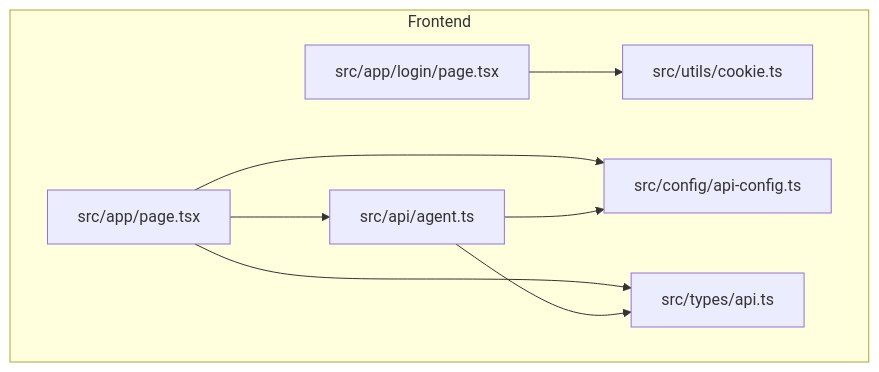
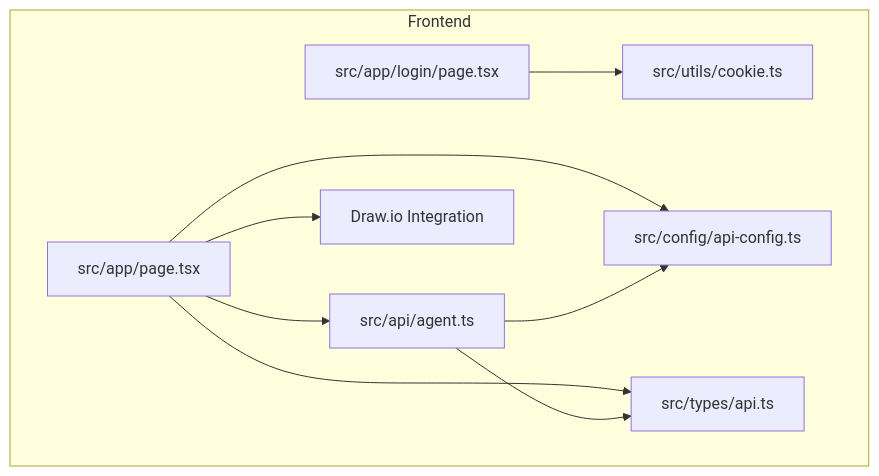
Before and after one commit to shrekboss/agent-draw-io-front: the first of 10 diagrams in .qoder/repowiki/en/content/AI Agent Integration.md, drawn with Mermaid. The commit also changed other lines of this file and 13 other files, not shown here.

Commit message:
feat(agent-draw-io-front): 优化交互式画图

````diff
--- a/.qoder/repowiki/en/content/AI Agent Integration.md
+++ b/.qoder/repowiki/en/content/AI Agent Integration.md
@@ -49,17 +62,19 @@
 ```mermaid
 graph TB
 subgraph "Frontend"
 A["src/app/login/page.tsx"]
 B["src/app/page.tsx"]
 C["src/api/agent.ts"]
 D["src/config/api-config.ts"]
 E["src/types/api.ts"]
 F["src/utils/cookie.ts"]
+G["Draw.io Integration"]
 end
 A --> F
 B --> C
 B --> D
 B --> E
+B --> G
 C --> D
 C --> E
 ```
````
